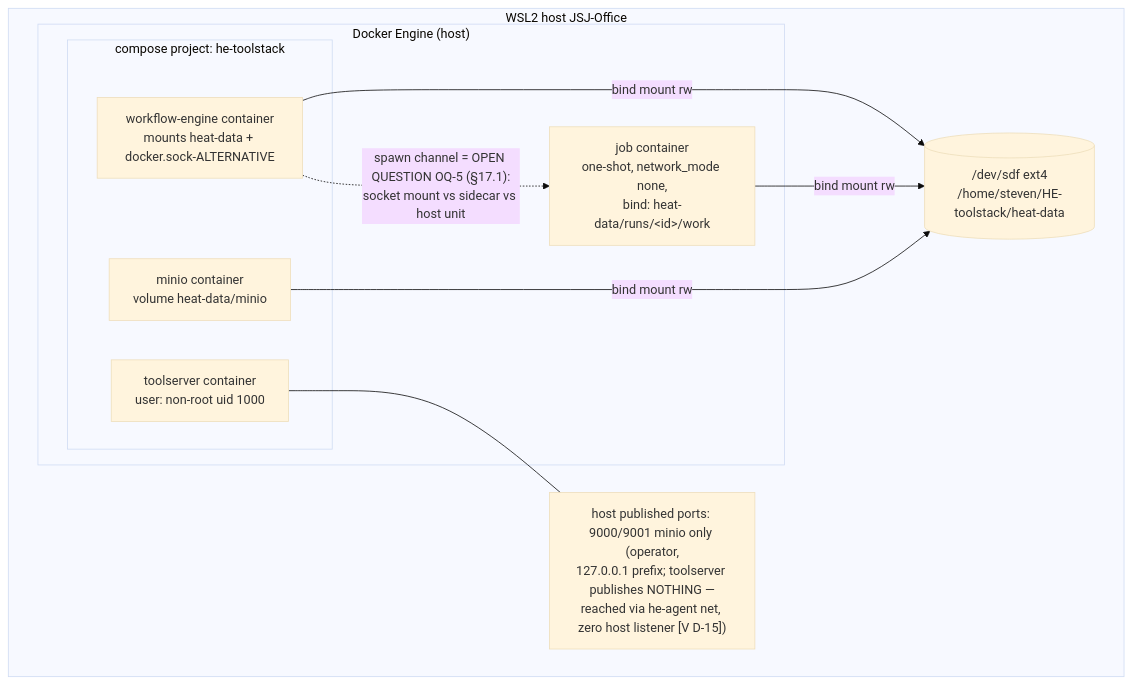
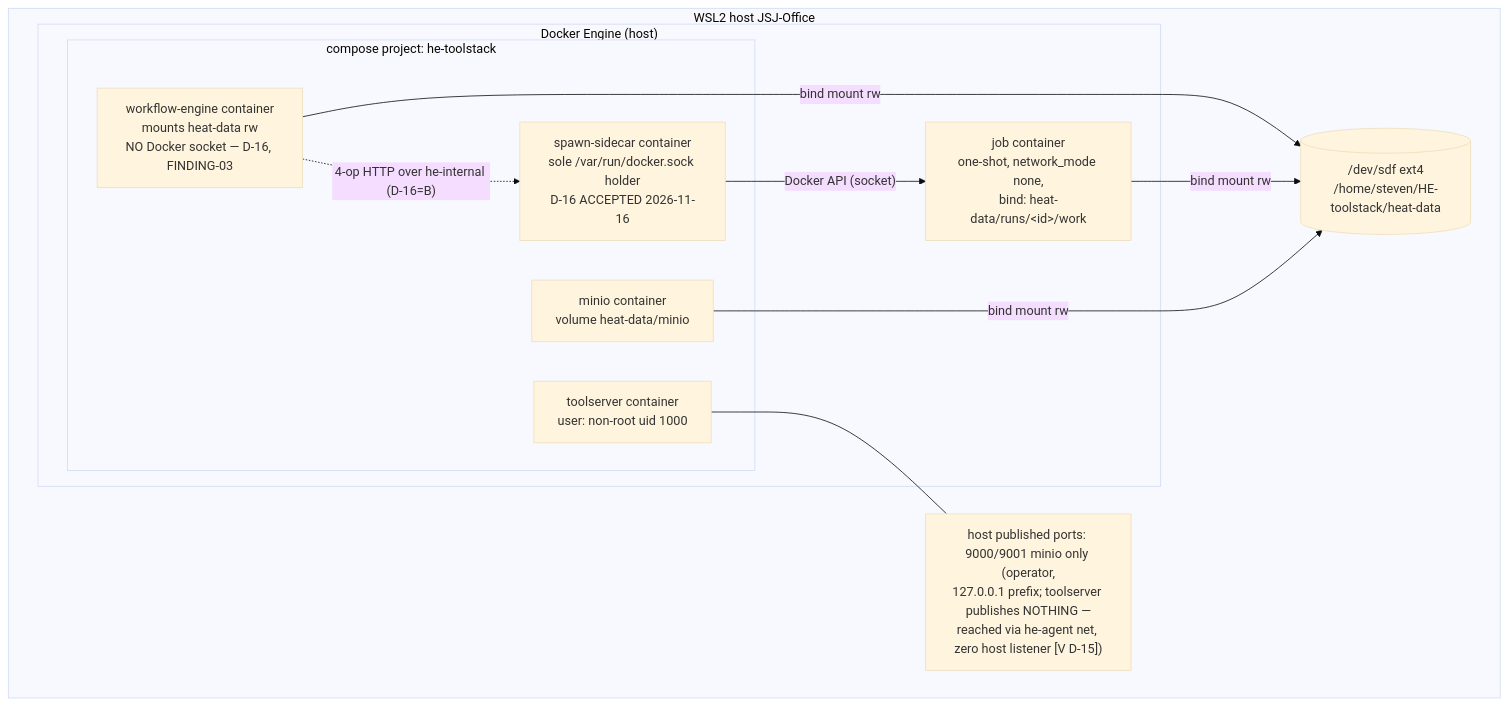
The third of 9 diagrams in docs/HE-TOOLSTACK-TECHNICAL-DESIGN.md (jstevenjacobs/HE-toolstack), drawn with Mermaid (base theme) before and after one commit. The commit also changed other lines of this file and 4 other files, not shown here.

````diff
--- a/docs/HE-TOOLSTACK-TECHNICAL-DESIGN.md
+++ b/docs/HE-TOOLSTACK-TECHNICAL-DESIGN.md
@@ -308,18 +310,20 @@
 ```mermaid
 graph TB
     subgraph WSL["WSL2 host JSJ-Office"]
         subgraph DE["Docker Engine (host)"]
             subgraph CP["compose project: he-toolstack"]
-                TSc[toolserver container<br/>user: non-root uid 1000]
-                WEc[workflow-engine container<br/>mounts heat-data + docker.sock-ALTERNATIVE]
-                MOc[minio container<br/>volume heat-data/minio]
+                TSc["toolserver container<br/>user: non-root uid 1000"]
+                WEc["workflow-engine container<br/>mounts heat-data rw<br/>NO Docker socket — D-16, FINDING-03"]
+                SCc["spawn-sidecar container<br/>sole /var/run/docker.sock holder<br/>D-16 ACCEPTED 2026-11-16"]
+                MOc["minio container<br/>volume heat-data/minio"]
             end
             J1[job container<br/>one-shot, network_mode none,<br/>bind: heat-data/runs/&lt;id&gt;/work]
         end
         HDD[("/dev/sdf ext4<br/>/home/steven/HE-toolstack/heat-data")]
         LB["host published ports: 9000/9001 minio only (operator,<br/>127.0.0.1 prefix; toolserver publishes NOTHING —<br/>reached via he-agent net, zero host listener [V D-15])"]
     end
     TSc --- LB; WEc -- bind mount rw --> HDD
     J1 -- bind mount rw --> HDD; MOc -- bind mount rw --> HDD
-    WEc -. "spawn channel = OPEN QUESTION OQ-5 (§17.1):<br/>socket mount vs sidecar vs host unit" .-> J1
+    WEc -. "4-op HTTP over he-internal (D-16=B)" .-> SCc
+    SCc -- "Docker API (socket)" --> J1
 ```
````
